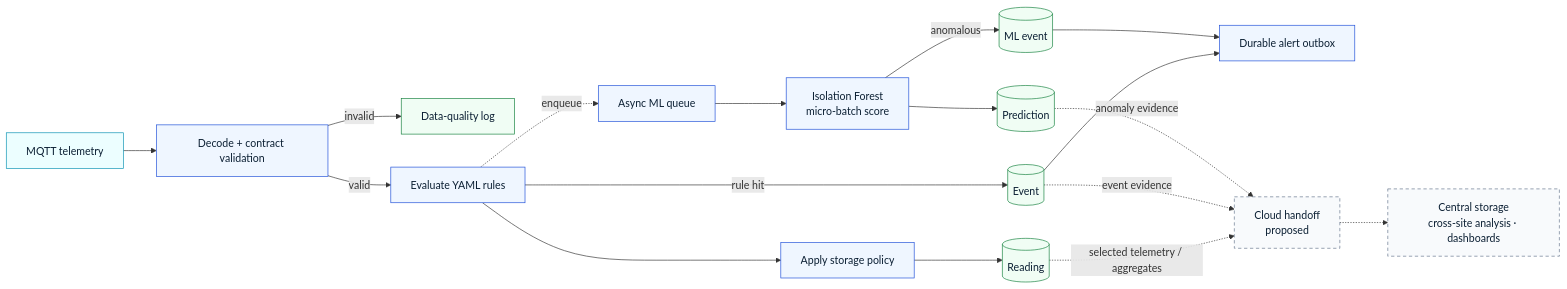
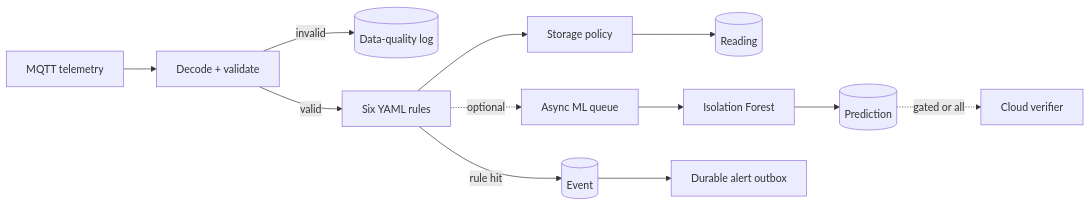
Before and after one commit to ShafayetSadi/energy-pipeline: the second of 2 diagrams in presentation/slides.md, drawn with Mermaid. The commit also changed other lines of this file and 6 other files, not shown here.

Commit message:
Add schematic docs and update slides

````diff
--- a/presentation/slides.md
+++ b/presentation/slides.md
@@ -389,28 +91,13 @@
 ```mermaid {scale: 0.76, theme: 'neutral'}
 flowchart LR
-  IN["MQTT telemetry"] --> PARSE["Decode + contract validation"]
-  PARSE -->|invalid| QL["Data-quality log"]
-  PARSE -->|valid| RULES["Evaluate YAML rules"]
-  RULES --> POLICY["Apply storage policy"]
-  POLICY --> READ[("Reading")]
-  RULES -->|rule hit| EVT[("Event")]
-  RULES -. "enqueue" .-> MLQ["Async ML queue"]
-  MLQ --> IF["Isolation Forest<br/>micro-batch score"]
-  IF --> PRED[("Prediction")]
-  IF -->|anomalous| MLEVT[("ML event")]
-  EVT --> OUTBOX["Durable alert outbox"]
-  MLEVT --> OUTBOX
-  READ -. "selected telemetry / aggregates" .-> HANDOFF["Cloud handoff<br/>proposed"]
-  EVT -. "event evidence" .-> HANDOFF
-  PRED -. "anomaly evidence" .-> HANDOFF
-  HANDOFF -.-> CLOUD["Central storage<br/>cross-site analysis · dashboards"]
-
-  classDef input fill:#ecfeff,stroke:#0891b2,color:#0b1f33;
-  classDef process fill:#eff6ff,stroke:#1d4ed8,color:#0b1f33;
-  classDef data fill:#f0fdf4,stroke:#15803d,color:#0b1f33;
-  classDef future fill:#f8fafc,stroke:#64748b,color:#0b1f33,stroke-dasharray: 5 4;
-  class IN input;
-  class PARSE,RULES,POLICY,MLQ,IF,OUTBOX process;
-  class QL,READ,EVT,PRED,MLEVT data;
-  class HANDOFF,CLOUD future;
+  IN["MQTT telemetry"] --> V["Decode + validate"]
+  V -->|invalid| Q[("Data-quality log")]
+  V -->|valid| R["Six YAML rules"]
+  R --> P["Storage policy"]
+  P --> D[("Reading")]
+  R -->|rule hit| E[("Event")]
+  R -. "optional" .-> MQ["Async ML queue"]
+  MQ --> IF["Isolation Forest"] --> PR[("Prediction")]
+  E --> O["Durable alert outbox"]
+  PR -. "gated or all" .-> CV["Cloud verifier"]
 ```
````
